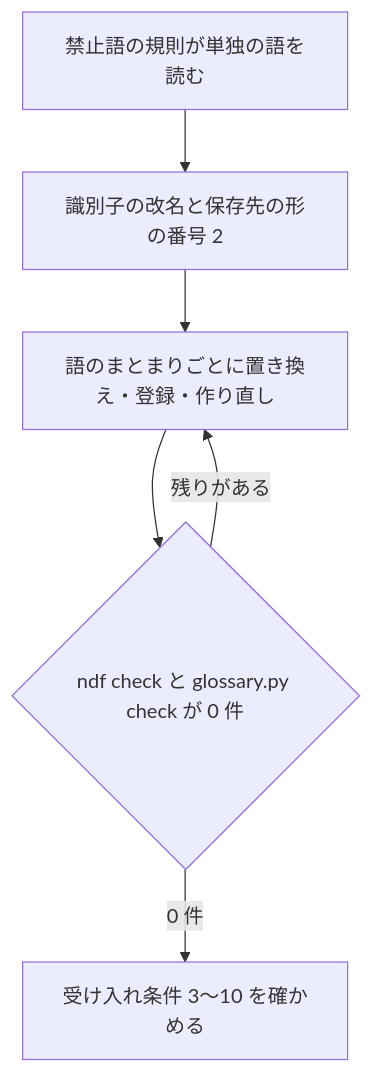
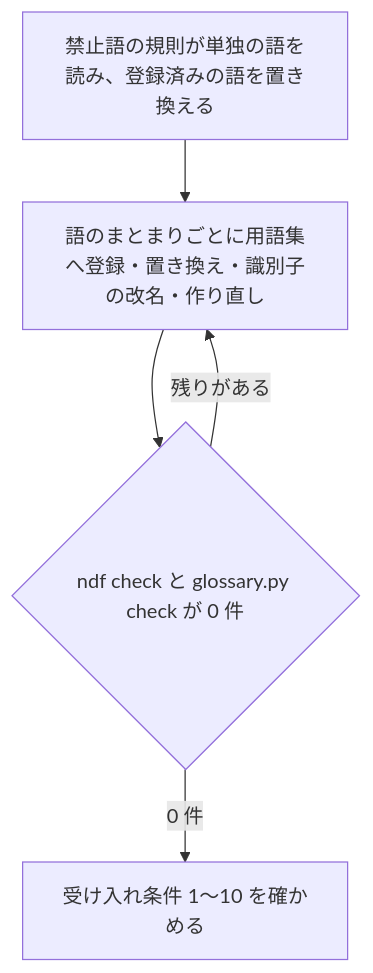
One commit to devbasex/ai-plugins changed the third of 3 diagrams in issues/issue-3613-design.md. Above: the diagram before and after it, drawn with Mermaid. The commit also changed other lines of this file, not shown here.

````diff
--- a/issues/issue-3613-design.md
+++ b/issues/issue-3613-design.md
@@ -271,8 +287,7 @@
 ```mermaid
 graph TD
-  A[禁止語の規則が単独の語を読む] --> B[識別子の改名と保存先の形の番号 2]
-  B --> C[語のまとまりごとに置き換え・登録・作り直し]
+  A[禁止語の規則が単独の語を読み、登録済みの語を置き換える] --> C[語のまとまりごとに用語集へ登録・置き換え・識別子の改名・作り直し]
   C --> D{ndf check と glossary.py check が 0 件}
   D -->|残りがある| C
-  D -->|0 件| E[受け入れ条件 3〜10 を確かめる]
+  D -->|0 件| E[受け入れ条件 1〜10 を確かめる]
 ```
````
